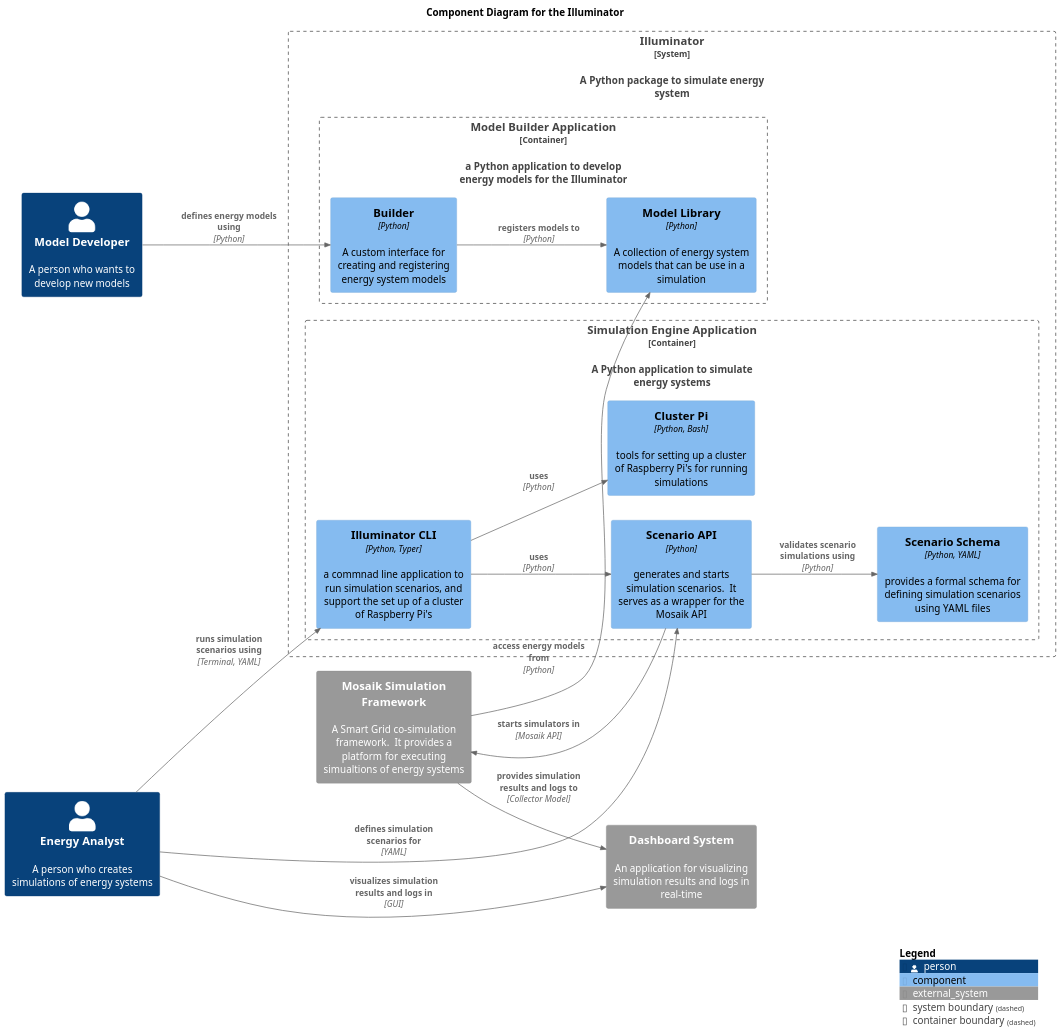
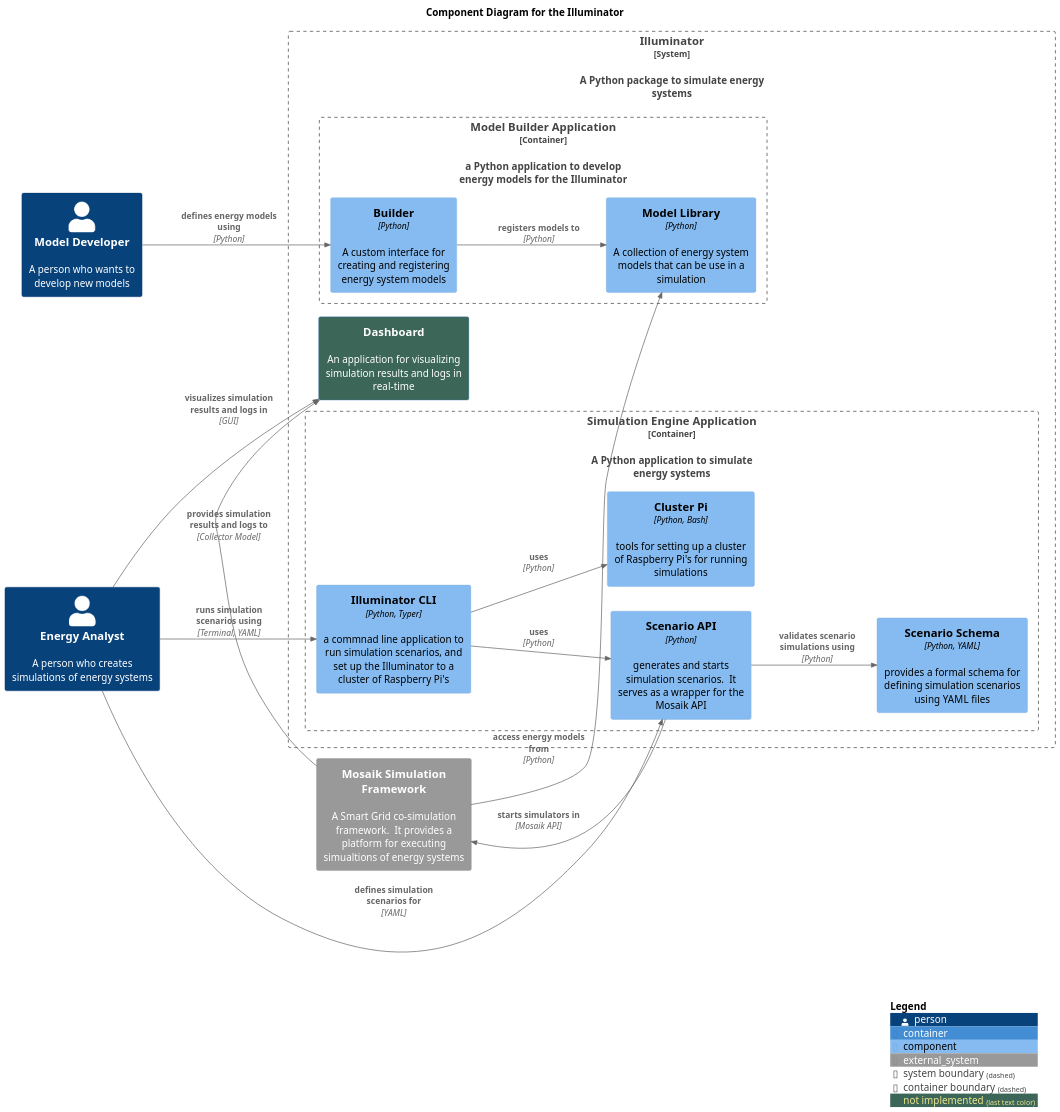
The diagram in docs/diagrams/components.puml (Illuminator-team/Illuminator), drawn with PlantUML before and after one commit. The commit also changed 2 other files, not shown here.

Commit message:
Add IlluminatorSimulator and ModelBinder to builder module; implement ExampleSim for Mosaik interface

```diff
--- a/docs/diagrams/components.puml
+++ b/docs/diagrams/components.puml
@@ -1,55 +1,55 @@
 @startuml
 !include https://raw.githubusercontent.com/plantuml-stdlib/C4-PlantUML/master/C4_Component.puml
 
 scale 1.5
 LAYOUT_LANDSCAPE()
 title Component Diagram for the Illuminator
 
 AddElementTag("not implemented", $bgColor="#3c6658")
 
 Person(modelDeveloper, "Model Developer", "A person who wants to develop new models")
 Person(energyAnalyst, "Energy Analyst", "A person who creates simulations of energy systems")
 
 System_Ext(mosaik, "Mosaik Simulation Framework", "A Smart Grid co-simulation framework.  It provides a platform for executing  simualtions of energy systems")
 
-System_Ext(dashboard, "Dashboard System",  "An application for visualizing simulation results and logs in real-time")
+System_Boundary(illuminatorSys, "Illuminator", $descr="A Python package to simulate energy systems") {
 
-System_Boundary(illuminatorSys, "Illuminator", $descr="A Python package to simulate energy system") {
+    Container(dashboard, "Dashboard", "", "An application for visualizing simulation results and logs in real-time", $tags="not implemented")
 
     Container_Boundary(builderApp, "Model Builder Application", "Python", $descr="a Python application to develop energy models for the Illuminator") {
         Component(modelBuilder, "Builder", "Python", "A custom interface for creating and registering energy system models")
         Component(modelLibrary, "Model Library", "Python", "A collection of energy system models that can be use in a simulation")
 
         Rel(modelBuilder, modelLibrary, "registers models to", "Python")
         Rel(modelDeveloper, modelBuilder, "defines energy models using", "Python")
 
     }
     Container_Boundary(simulationEngine, "Simulation Engine Application", "Python", $descr="A Python application to simulate energy systems") {
         Component(scenarioApi, "Scenario API", "Python", "generates and starts simulation scenarios.  It serves as a wrapper for the Mosaik API")
         Component(clusterPi, "Cluster Pi", "Python, Bash", "tools for setting up a cluster of Raspberry Pi's for running simulations")
-        Component(cli, "Illuminator CLI", "Python, Typer", "a commnad line application to run simulation scenarios, and support the set up of a cluster of Raspberry Pi's")
+        Component(cli, "Illuminator CLI", "Python, Typer", "a commnad line application to run simulation scenarios, and set up the Illuminator to a cluster of Raspberry Pi's")
 
         Component(scenarioSchema, "Scenario Schema", "Python, YAML", "provides a formal schema for defining simulation scenarios using YAML files")
 
         Rel(cli, scenarioApi, "uses", "Python")
         Rel(cli, clusterPi, "uses", "Python")
         Rel(scenarioApi, scenarioSchema, "validates scenario simulations using", "Python")
 
 }
     
     Rel(scenarioApi, mosaik, "starts simulators in", "Mosaik API")
     Rel(mosaik, dashboard, "provides simulation results and logs to", "Collector Model")
 
 }
 
 
 Rel(mosaik, modelLibrary, "access energy models from", "Python")
 
 Rel(energyAnalyst, scenarioApi, "defines simulation scenarios for", "YAML")
 Rel(energyAnalyst, cli, "runs simulation scenarios using", "Terminal, YAML")
 
 Rel(energyAnalyst,dashboard, "visualizes simulation results and logs in", "GUI")
 
 
 SHOW_LEGEND()
 @enduml
```
